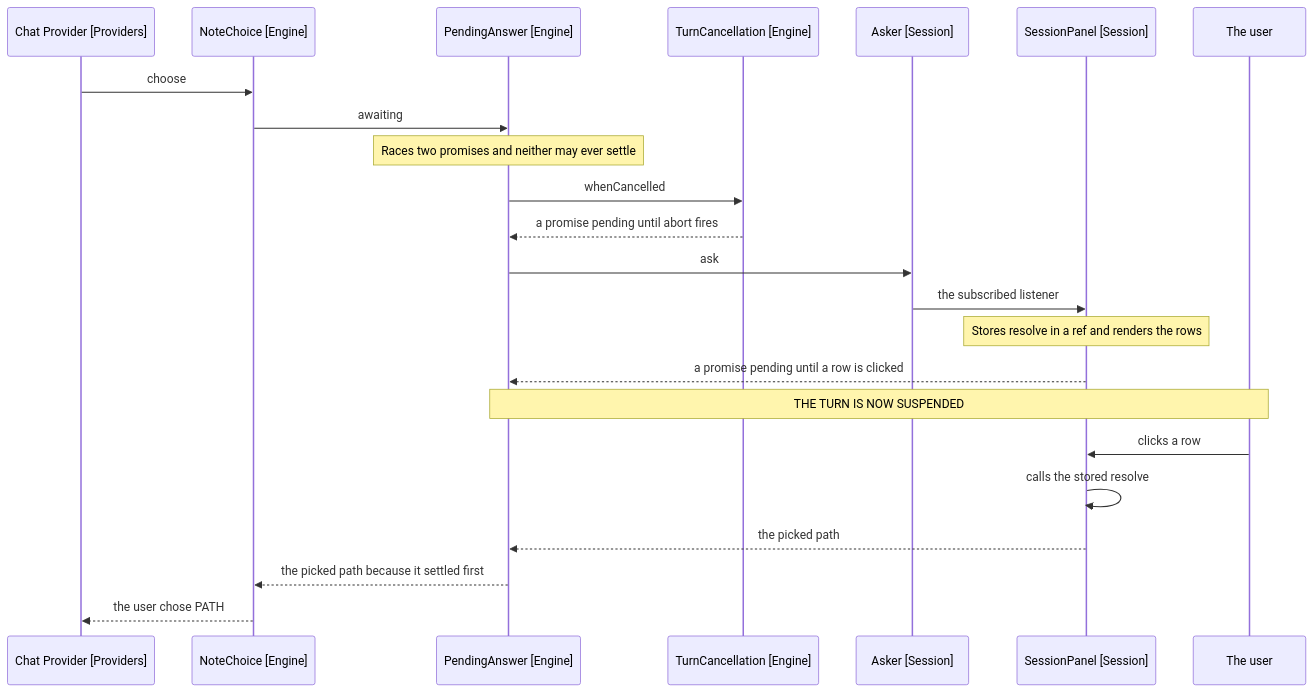
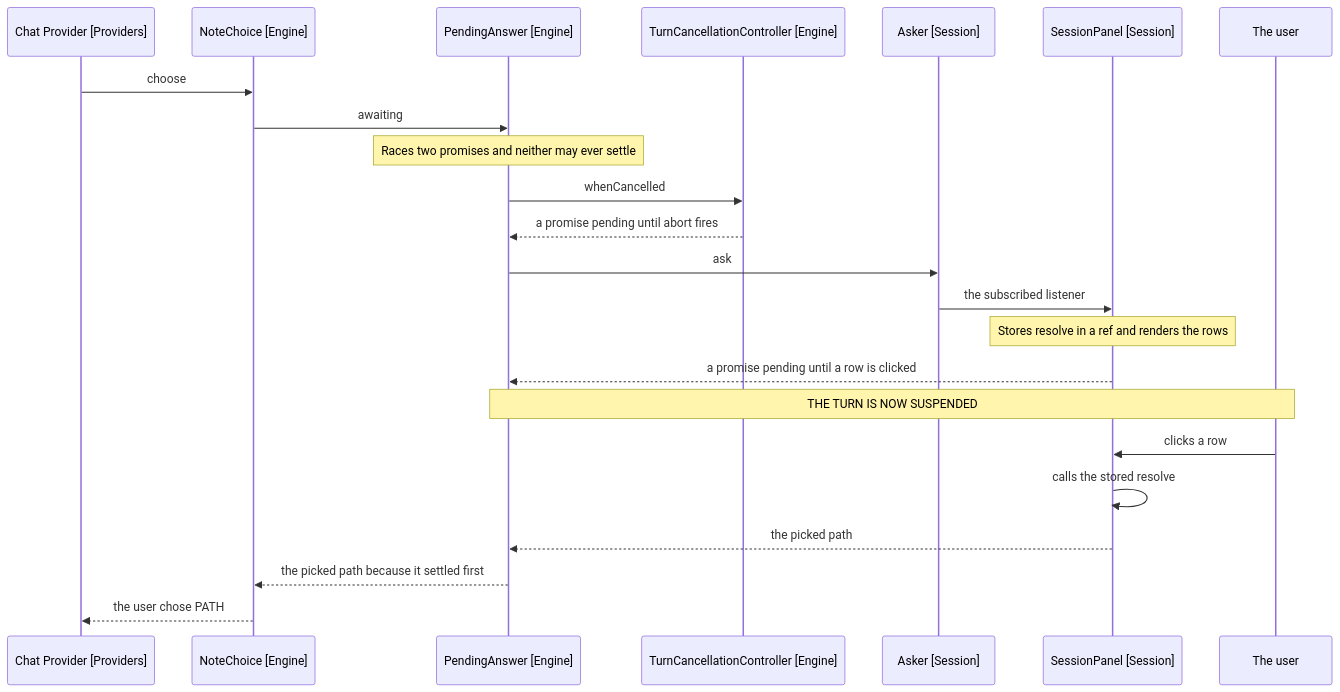
One commit to iparips/obsidian-owl changed the first of 2 diagrams in docs/architecture/8-parking-a-turn.md. Above: the diagram before and after it, drawn with Mermaid. The commit also changed other lines of this file and 49 other files, not shown here.

````diff
--- a/docs/architecture/8-parking-a-turn.md
+++ b/docs/architecture/8-parking-a-turn.md
@@ -24,28 +24,28 @@
 ```mermaid
 sequenceDiagram
     participant Model as Chat Provider [Providers]
     participant Choice as NoteChoice [Engine]
     participant Pending as PendingAnswer [Engine]
-    participant Cancel as TurnCancellation [Engine]
+    participant Cancel as TurnCancellationController [Engine]
     participant Asker as Asker [Session]
     participant Panel as SessionPanel [Session]
     participant User as The user
 
     Model->>Choice: choose
     Choice->>Pending: awaiting
     Note over Pending: Races two promises and neither may ever settle
     Pending->>Cancel: whenCancelled
     Cancel-->>Pending: a promise pending until abort fires
     Pending->>Asker: ask
     Asker->>Panel: the subscribed listener
     Note over Panel: Stores resolve in a ref and renders the rows
     Panel-->>Pending: a promise pending until a row is clicked
 
     Note over Pending,User: THE TURN IS NOW SUSPENDED
 
     User->>Panel: clicks a row
     Panel->>Panel: calls the stored resolve
     Panel-->>Pending: the picked path
     Pending-->>Choice: the picked path because it settled first
     Choice-->>Model: the user chose PATH
 ```
````
